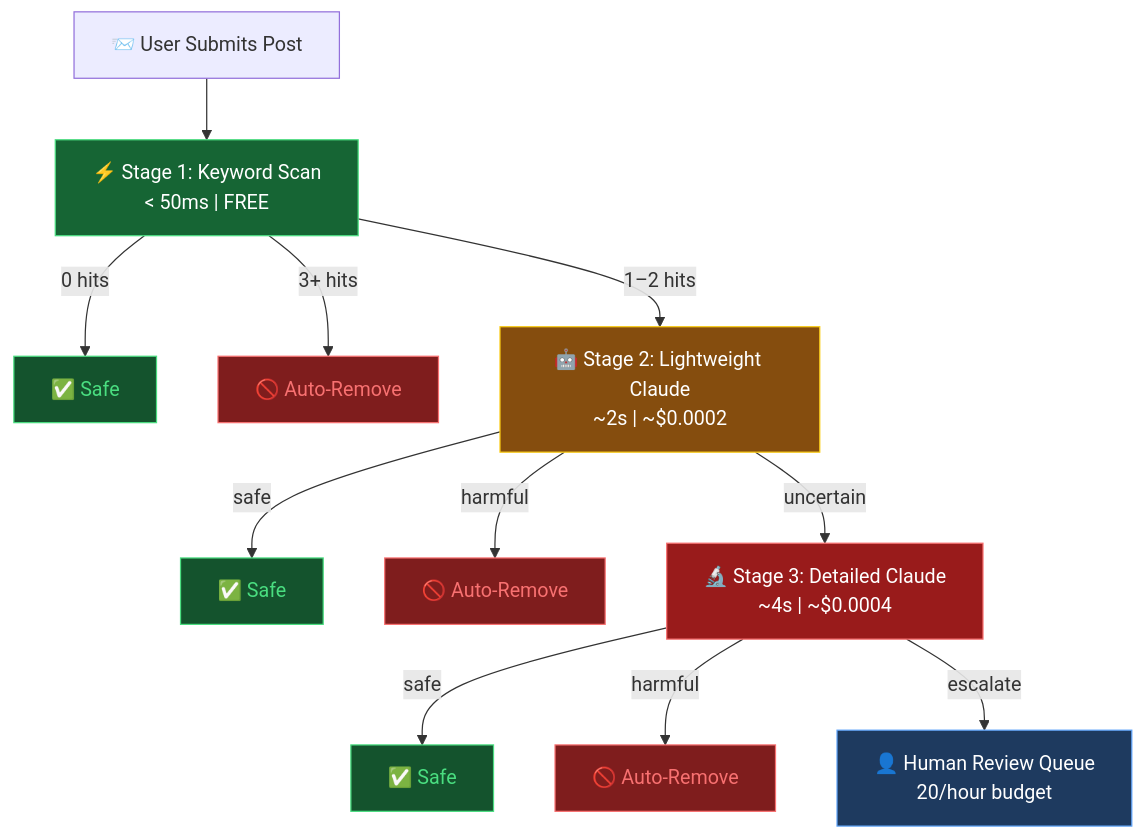
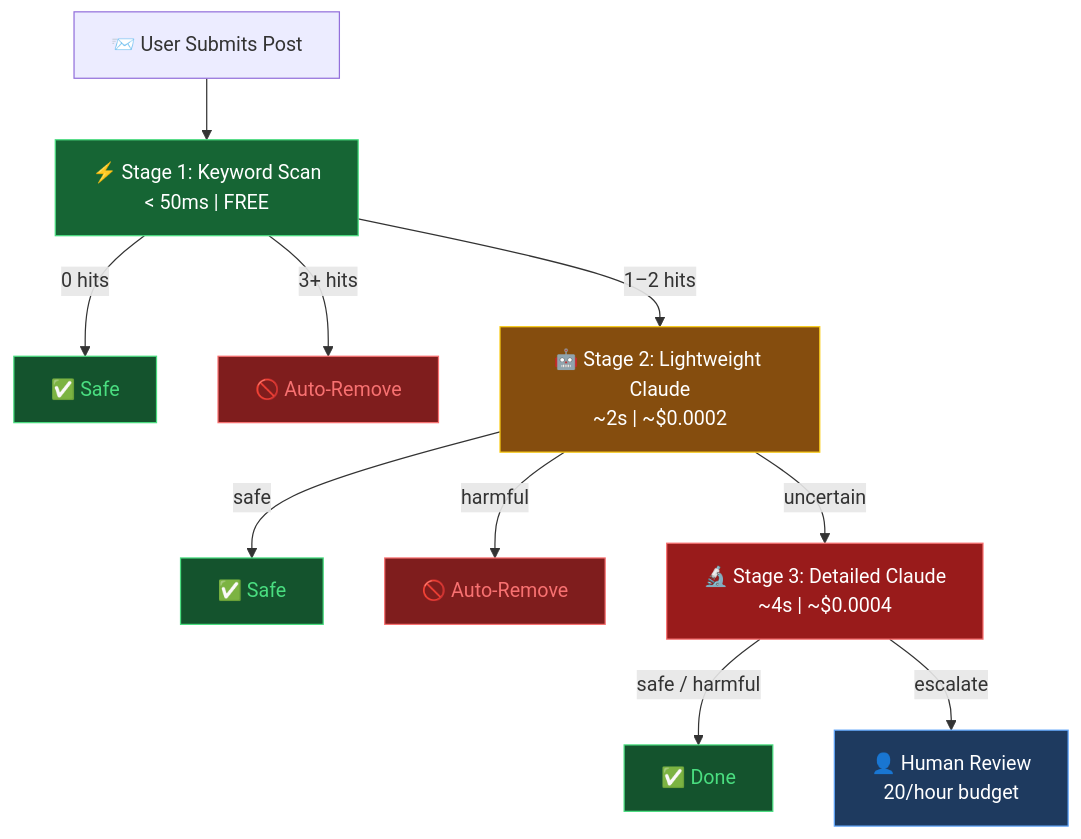
The first of 12 diagrams in presentation.qmd (zainulhassan815/nextjs-fastapi-starter), drawn with Mermaid before and after one commit. The commit also changed other lines of this file and 3 other files, not shown here.

````diff
--- a/presentation.qmd
+++ b/presentation.qmd
@@ -64,25 +65,24 @@
 ```{mermaid}
-%%| fig-width: 11
+%%| fig-width: 10
+%%| fig-height: 4.5
 flowchart TD
     A["📨 User Submits Post"] --> B["⚡ Stage 1: Keyword Scan\n< 50ms | FREE"]
     B -->|"0 hits"| S1["✅ Safe"]
     B -->|"3+ hits"| H1["🚫 Auto-Remove"]
     B -->|"1–2 hits"| C["🤖 Stage 2: Lightweight Claude\n~2s | ~$0.0002"]
     C -->|"safe"| S2["✅ Safe"]
     C -->|"harmful"| H2["🚫 Auto-Remove"]
     C -->|"uncertain"| D["🔬 Stage 3: Detailed Claude\n~4s | ~$0.0004"]
-    D -->|"safe"| S3["✅ Safe"]
-    D -->|"harmful"| H3["🚫 Auto-Remove"]
-    D -->|"escalate"| E["👤 Human Review Queue\n20/hour budget"]
+    D -->|"safe / harmful"| S3["✅ Done"]
+    D -->|"escalate"| E["👤 Human Review\n20/hour budget"]
 
     style B fill:#166534,stroke:#4ade80,color:#fff
     style C fill:#854d0e,stroke:#facc15,color:#fff
     style D fill:#991b1b,stroke:#f87171,color:#fff
     style E fill:#1e3a5f,stroke:#60a5fa,color:#fff
     style S1 fill:#14532d,stroke:#4ade80,color:#4ade80
     style S2 fill:#14532d,stroke:#4ade80,color:#4ade80
     style S3 fill:#14532d,stroke:#4ade80,color:#4ade80
     style H1 fill:#7f1d1d,stroke:#f87171,color:#f87171
     style H2 fill:#7f1d1d,stroke:#f87171,color:#f87171
-    style H3 fill:#7f1d1d,stroke:#f87171,color:#f87171
 ```
````
